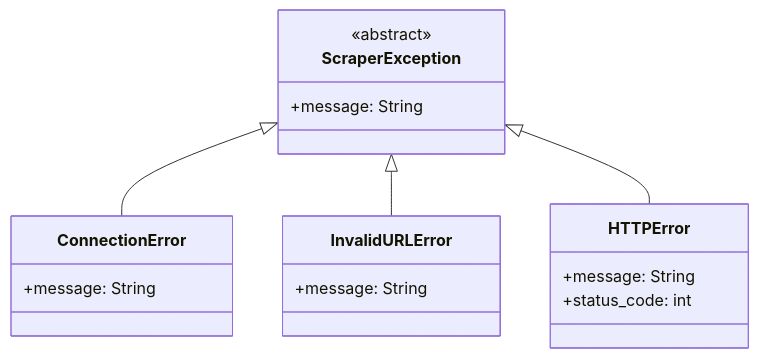
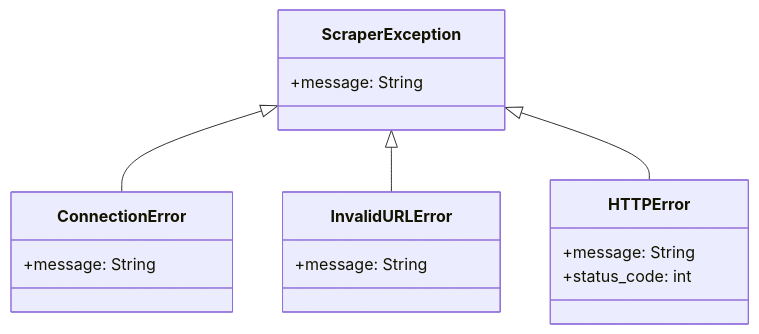
Before and after one commit to Angel-Suescun/Sistema-De-Webscrapping: the second of 2 diagrams in README.md, drawn with Mermaid. The commit also changed other lines of this file, not shown here.

````diff
--- a/README.md
+++ b/README.md
@@ -93,26 +95,25 @@
 ```mermaid
 
 classDiagram
     class ScraperException {
-        <<abstract>>
         +message: String
     }
 
     class ConnectionError {
         +message: String
     }
 
 
     class InvalidURLError {
         +message: String
     }
 
     class HTTPError {
         +message: String
         +status_code: int
     }
 
     ScraperException <|-- ConnectionError
     ScraperException <|-- InvalidURLError
     ScraperException <|-- HTTPError
 ```
````
